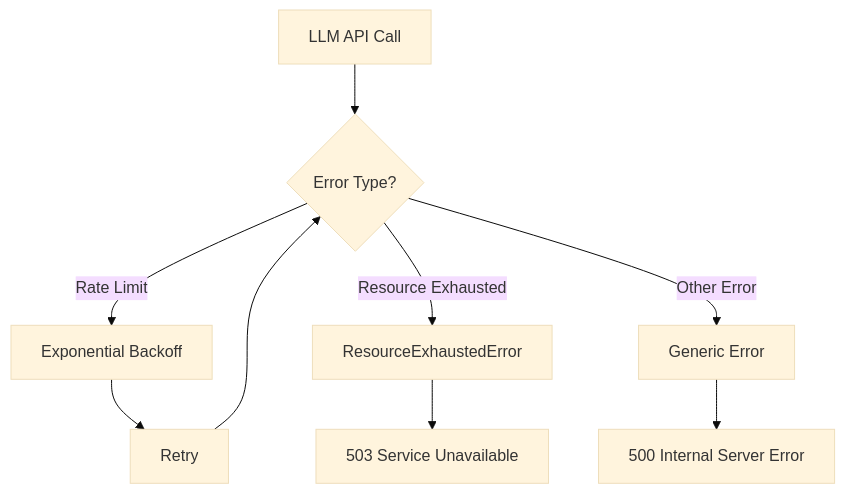
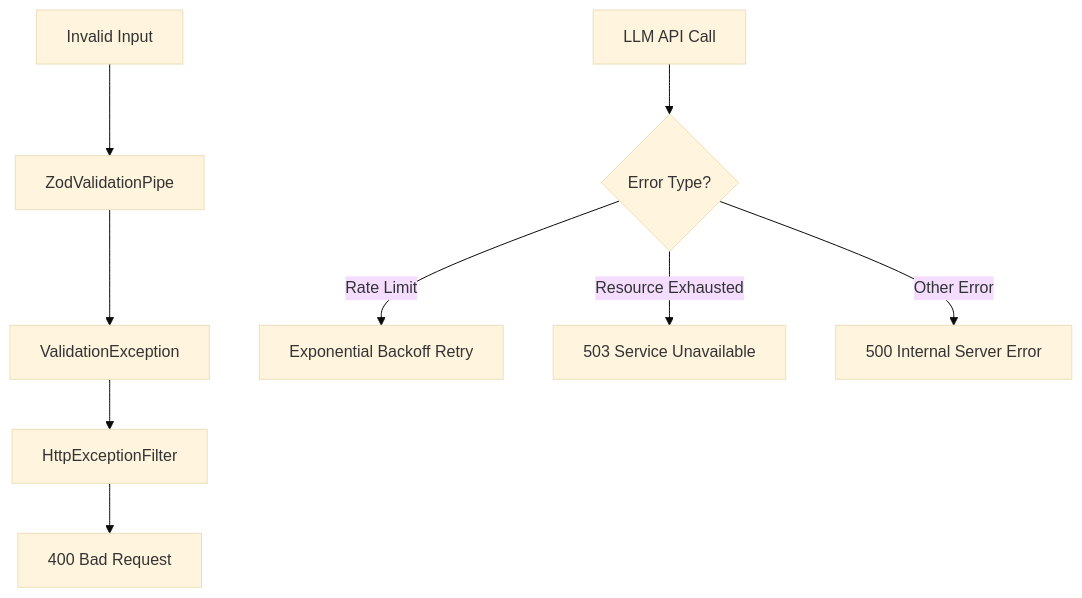
Before and after one commit to h-arnold/AssessmentBot-LLM-Service: the second of 2 diagrams in docs/architecture/data-flow.md, drawn with Mermaid (base theme). The commit also changed other lines of this file and 27 other files, not shown here.

````diff
--- a/docs/architecture/data-flow.md
+++ b/docs/architecture/data-flow.md
@@ -346,11 +81,12 @@
 ```mermaid
 graph TD
-    A[LLM API Call] --> B{Error Type?}
-    B -->|Rate Limit| C[Exponential Backoff]
-    C --> D[Retry]
-    D --> B
-    B -->|Resource Exhausted| E[ResourceExhaustedError]
-    E --> F[503 Service Unavailable]
-    B -->|Other Error| G[Generic Error]
-    G --> H[500 Internal Server Error]
+    A[Invalid Input] --> B[ZodValidationPipe]
+    B --> C[ValidationException]
+    C --> D[HttpExceptionFilter]
+    D --> E[400 Bad Request]
+
+    F[LLM API Call] --> G{Error Type?}
+    G -->|Rate Limit| H[Exponential Backoff Retry]
+    G -->|Resource Exhausted| I[503 Service Unavailable]
+    G -->|Other Error| J[500 Internal Server Error]
 ```
````
